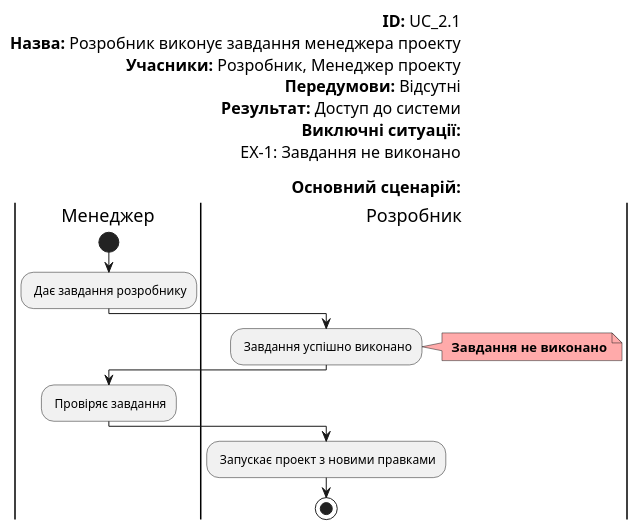
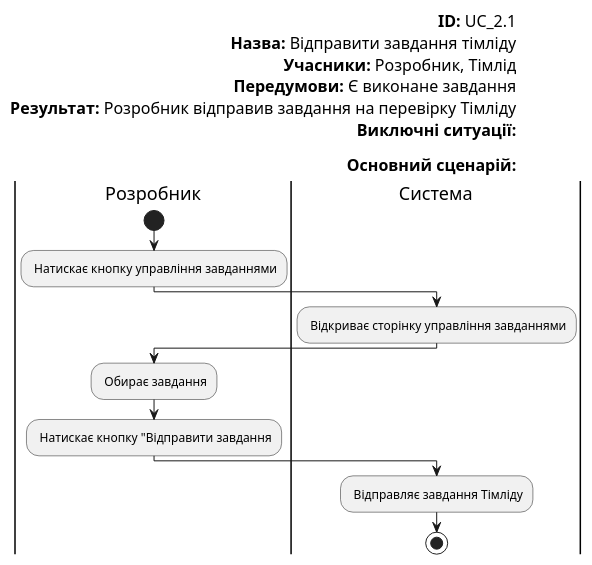
The fourth of 6 diagrams in docs/use cases/README.md (boldak/edu-db-cw), drawn with PlantUML before and after one commit. The commit also changed other lines of this file, not shown here.

```diff
--- a/docs/use cases/README.md
+++ b/docs/use cases/README.md
@@ -160,28 +160,25 @@
 @startuml
 
     left header
     <font color=000 size=16><b>ID:</b> UC_2.1
-    <font color=000 size=16><b>Назва:</b> Розробник виконує завдання менеджера проекту
-    <font color=000 size=16><b>Учасники:</b> Розробник, Менеджер проекту
-    <font color=000 size=16><b>Передумови:</b> Відсутні
-    <font color=000 size=16><b>Результат:</b> Доступ до системи
+    <font color=000 size=16><b>Назва:</b> Відправити завдання тімліду
+    <font color=000 size=16><b>Учасники:</b> Розробник, Тімлід
+    <font color=000 size=16><b>Передумови:</b> Є виконане завдання
+    <font color=000 size=16><b>Результат:</b> Розробник відправив завдання на перевірку Тімліду
     <font color=000 size=16><b>Виключні ситуації:</b>
-    <font color=000 size=16>EX-1: Завдання не виконано
     
     <font color=000 size=16><b>Основний сценарій:</b>
 end header
 
-    |Менеджер|
+    |Розробник|
         start
-        : Дає завдання розробнику;
+        : Натискає кнопку управління завданнями;
+    |Система|
+        : Відкриває сторінку управління завданнями;
     |Розробник|
-        : Завдання успішно виконано;
-        note right #ffaaaa
-        <b> Завдання не виконано
-        end note
-    |Менеджер|
-        : Провіряє завдання;
-    |Розробник|   
-        : Запускає проект з новими правками;
+        : Обирає завдання;
+        : Натискає кнопку "Відправити завдання;
+    |Система|   
+        : Відправляє завдання Тімліду;
         stop;
 @enduml
```
